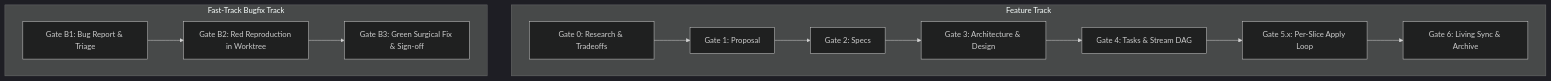
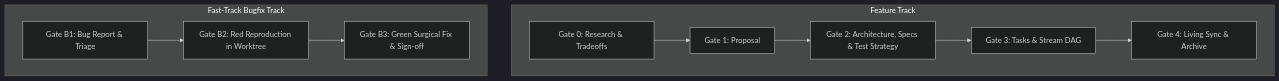
One commit to mgabs/spec-rails changed the diagram in docs/WIKI.md. Above: the diagram before and after it, drawn with Mermaid (dark theme). The commit also changed other lines of this file and 12 other files, not shown here.

````diff
--- a/docs/WIKI.md
+++ b/docs/WIKI.md
@@ -91,16 +89,14 @@
 ```mermaid
 flowchart TD
     subgraph Feature_Track [Feature Track]
         G0[Gate 0: Research & Tradeoffs] --> G1[Gate 1: Proposal]
-        G1 --> G2[Gate 2: Specs]
-        G2 --> G3[Gate 3: Architecture & Design]
-        G3 --> G4[Gate 4: Tasks & Stream DAG]
-        G4 --> G5[Gate 5.x: Per-Slice Apply Loop]
-        G5 --> G6[Gate 6: Living Sync & Archive]
+        G1 --> G2[Gate 2: Architecture, Specs & Test Strategy]
+        G2 --> G3[Gate 3: Tasks & Stream DAG]
+        G3 --> G4[Gate 4: Living Sync & Archive]
     end
 
     subgraph Bug_Track [Fast-Track Bugfix Track]
         GB1[Gate B1: Bug Report & Triage] --> GB2[Gate B2: Red Reproduction in Worktree]
         GB2 --> GB3[Gate B3: Green Surgical Fix & Sign-off]
     end
 ```
````
